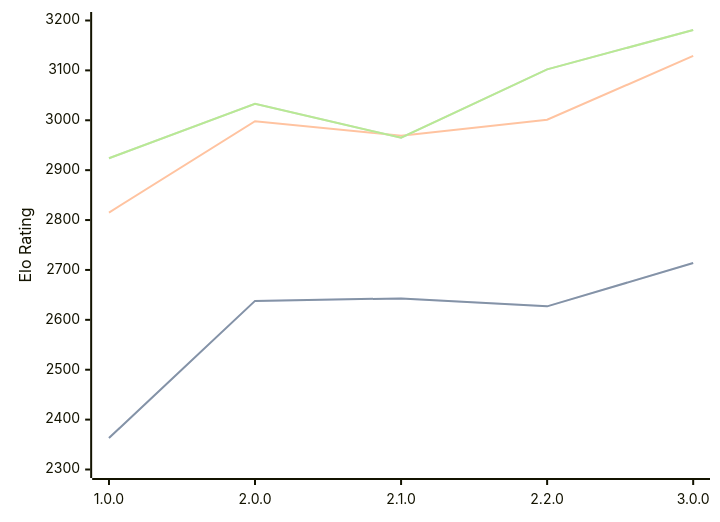
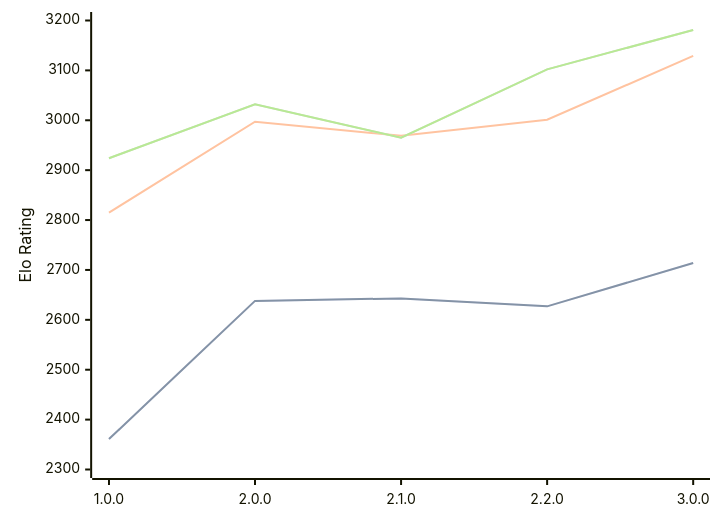
The diagram in engines/Catalyst.md (computer-chess-index/cci), drawn with Mermaid before and after one commit. The commit also changed other lines of this file, not shown here.

Commit message:
Update CCI Ratings (ELO VLTC) - 2026-05-07

````diff
--- a/engines/Catalyst.md
+++ b/engines/Catalyst.md
@@ -35,11 +35,11 @@
 ```mermaid
 %%{init: {"theme":"base","themeVariables":{"seriesColors:['#a3a3a3','#222221','#faa371']}}}%%
 xychart-beta
   x-axis ["1.0.0", "2.0.0", "2.1.0", "2.2.0", "3.0.0"]
   y-axis "Elo Rating" 2300 --> 3200
-  line "STC (8.0+0.08s)" [2363, 2638, 2643, 2627, 2714]
-  line "STC (8.0+0.08s)" [2363, 2638, 2643, 2627, 2714]
-  line "LTC (60.0+0.60s)" [2815, 2998, 2969, 3001, 3129]
-  line "VLTC (2m24s+1.12s)" [2924, 3033, 2965, 3102, 3181]
-  line "VLTC (2m24s+1.12s)" [2924, 3033, 2965, 3102, 3181]
+  line "STC (8.0+0.08s)" [2361, 2638, 2643, 2627, 2714]
+  line "STC (8.0+0.08s)" [2361, 2638, 2643, 2627, 2714]
+  line "LTC (60.0+0.60s)" [2815, 2997, 2969, 3001, 3129]
+  line "VLTC (2m24s+1.12s)" [2924, 3032, 2965, 3102, 3181]
+  line "VLTC (2m24s+1.12s)" [2924, 3032, 2965, 3102, 3181]
 ```
````
